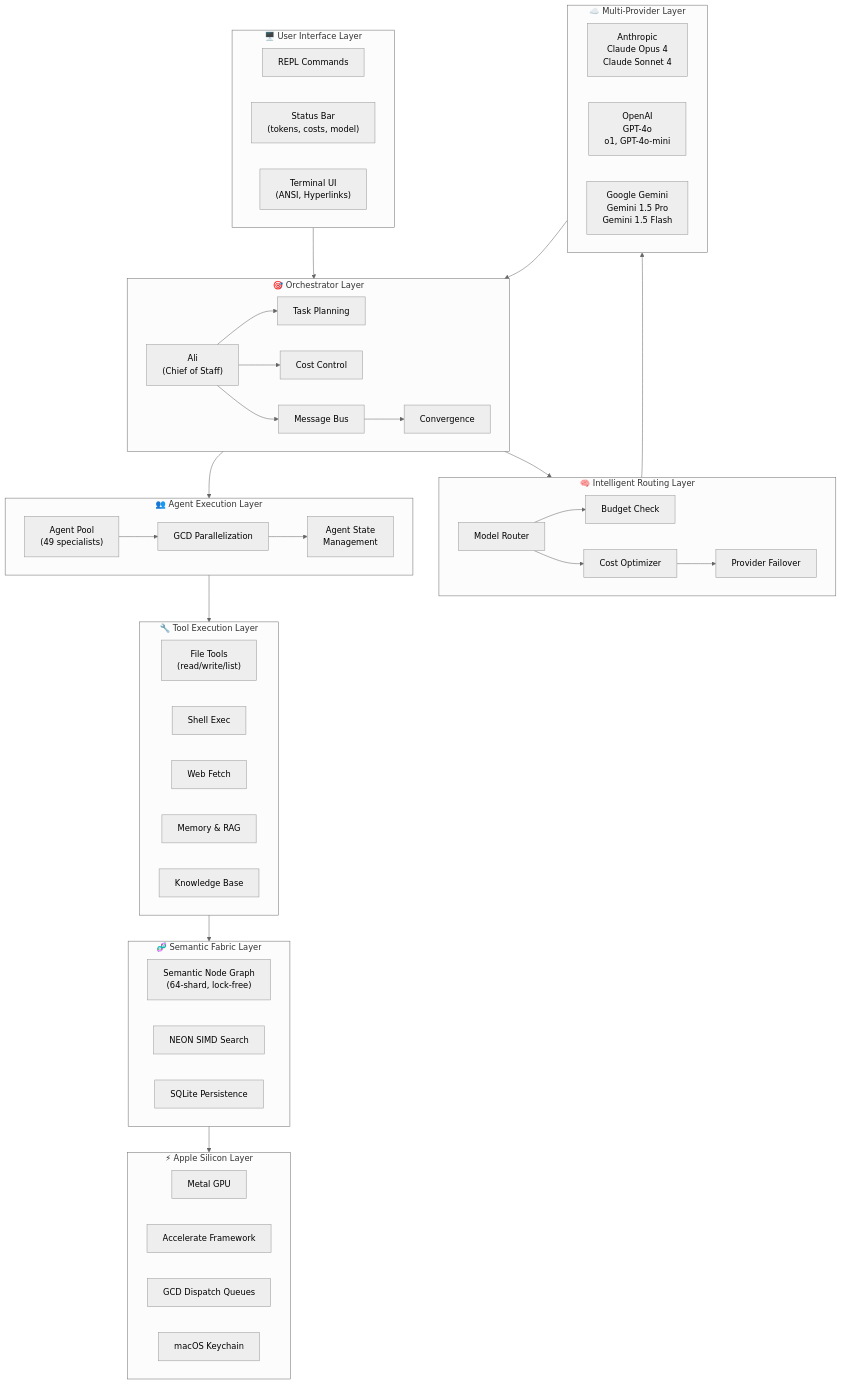
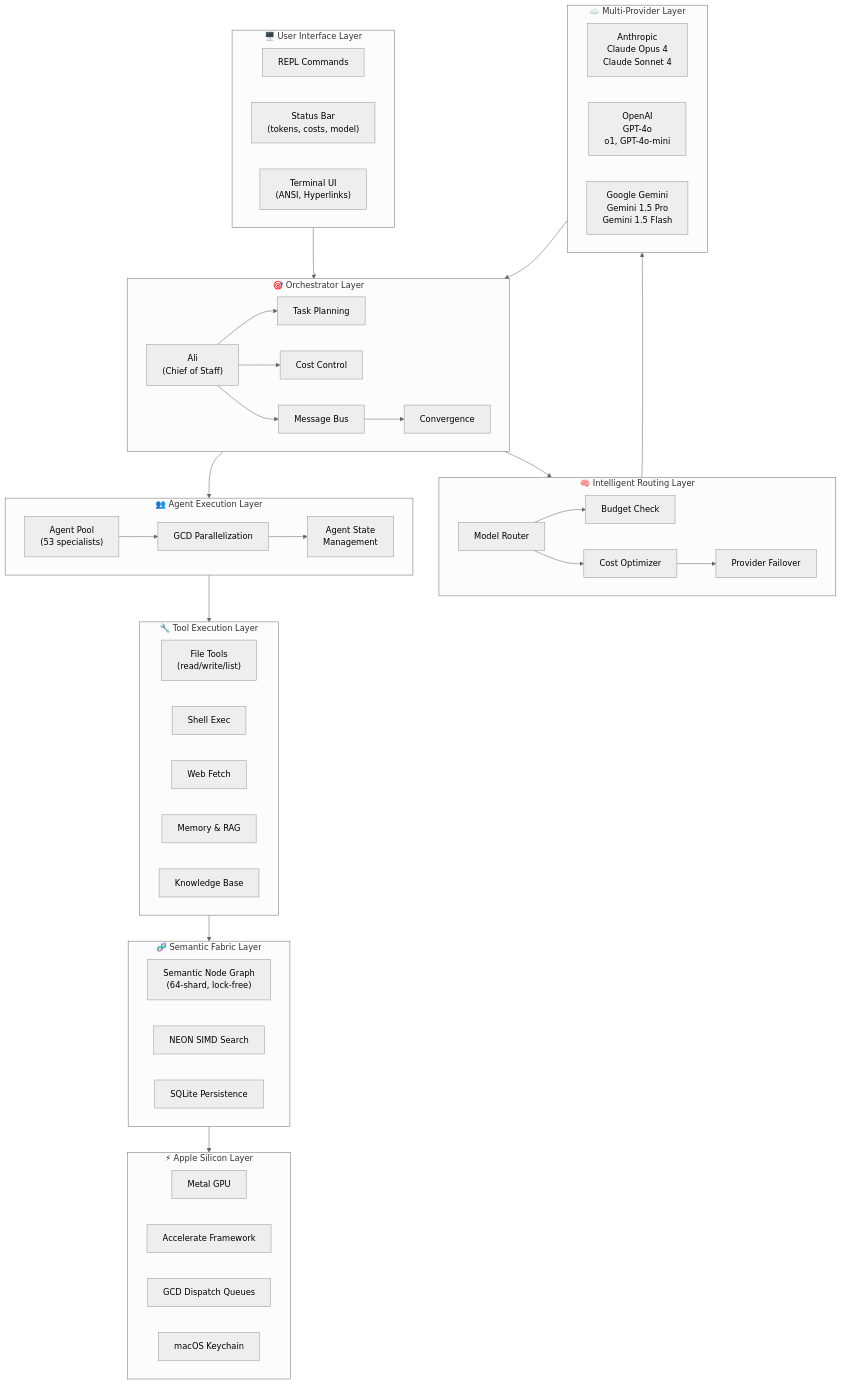
Before and after one commit to Roberdan/convergio-cli: the first of 4 diagrams in README.md, drawn with Mermaid (neutral theme). The commit also changed other lines of this file and 8 other files, not shown here.

````diff
--- a/README.md
+++ b/README.md
@@ -418,78 +418,78 @@
 ```mermaid
 flowchart TB
     subgraph UI["🖥️ User Interface Layer"]
         REPL["REPL Commands"]
         StatusBar["Status Bar<br/>(tokens, costs, model)"]
         Terminal["Terminal UI<br/>(ANSI, Hyperlinks)"]
     end
 
     subgraph ORCH["🎯 Orchestrator Layer"]
         Ali["Ali<br/>(Chief of Staff)"]
         Planning["Task Planning"]
         CostCtrl["Cost Control"]
         MsgBus["Message Bus"]
         Conv["Convergence"]
     end
 
     subgraph ROUTER["🧠 Intelligent Routing Layer"]
         ModelRouter["Model Router"]
         CostOpt["Cost Optimizer"]
         BudgetCheck["Budget Check"]
         Failover["Provider Failover"]
     end
 
     subgraph PROVIDERS["☁️ Multi-Provider Layer"]
         direction LR
         Anthropic["Anthropic<br/>Claude Opus 4<br/>Claude Sonnet 4"]
         OpenAI["OpenAI<br/>GPT-4o<br/>o1, GPT-4o-mini"]
         Gemini["Google Gemini<br/>Gemini 1.5 Pro<br/>Gemini 1.5 Flash"]
     end
 
     subgraph AGENTS["👥 Agent Execution Layer"]
-        AgentPool["Agent Pool<br/>(49 specialists)"]
+        AgentPool["Agent Pool<br/>(53 specialists)"]
         GCD["GCD Parallelization"]
         AgentState["Agent State<br/>Management"]
     end
 
     subgraph TOOLS["🔧 Tool Execution Layer"]
         FileTools["File Tools<br/>(read/write/list)"]
         ShellExec["Shell Exec"]
         WebFetch["Web Fetch"]
         MemoryRAG["Memory & RAG"]
         KnowledgeBase["Knowledge Base"]
     end
 
     subgraph FABRIC["🧬 Semantic Fabric Layer"]
         SemanticGraph["Semantic Node Graph<br/>(64-shard, lock-free)"]
         NEON["NEON SIMD Search"]
         SQLite["SQLite Persistence"]
     end
 
     subgraph SILICON["⚡ Apple Silicon Layer"]
         Metal["Metal GPU"]
         Accelerate["Accelerate Framework"]
         GCDQueues["GCD Dispatch Queues"]
         Keychain["macOS Keychain"]
     end
 
     UI --> ORCH
     ORCH --> ROUTER
     ROUTER --> PROVIDERS
     PROVIDERS --> ORCH
     ORCH --> AGENTS
     AGENTS --> TOOLS
     TOOLS --> FABRIC
     FABRIC --> SILICON
 
     Ali --> Planning
     Ali --> CostCtrl
     Ali --> MsgBus
     MsgBus --> Conv
 
     ModelRouter --> BudgetCheck
     ModelRouter --> CostOpt
     CostOpt --> Failover
 
     AgentPool --> GCD
     GCD --> AgentState
 ```
````
